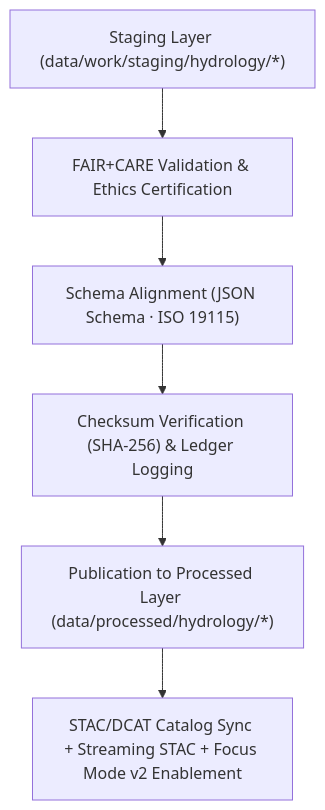
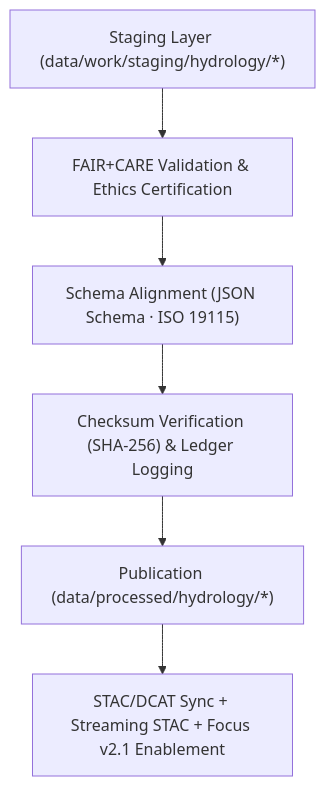
The diagram in data/processed/hydrology/README.md (bartytime4life/Kansas-Frontier-Matrix), drawn with Mermaid before and after one commit. The commit also changed other lines of this file, not shown here.

````diff
--- a/data/processed/hydrology/README.md
+++ b/data/processed/hydrology/README.md
@@ -87,8 +88,8 @@
 ```mermaid
 flowchart TD
-    A["Staging Layer (data/work/staging/hydrology/*)"] --> B["FAIR+CARE Validation & Ethics Certification"]
-    B --> C["Schema Alignment (JSON Schema · ISO 19115)"]
-    C --> D["Checksum Verification (SHA-256) & Ledger Logging"]
-    D --> E["Publication to Processed Layer (data/processed/hydrology/*)"]
-    E --> F["STAC/DCAT Catalog Sync + Streaming STAC + Focus Mode v2 Enablement"]
+    STAGE["Staging Layer (data/work/staging/hydrology/*)"] --> FAIR["FAIR+CARE Validation & Ethics Certification"]
+    FAIR --> SCHEMA["Schema Alignment (JSON Schema · ISO 19115)"]
+    SCHEMA --> CHECK["Checksum Verification (SHA-256) & Ledger Logging"]
+    CHECK --> PUB["Publication (data/processed/hydrology/*)"]
+    PUB --> CATALOG["STAC/DCAT Sync + Streaming STAC + Focus v2.1 Enablement"]
 ```
````
